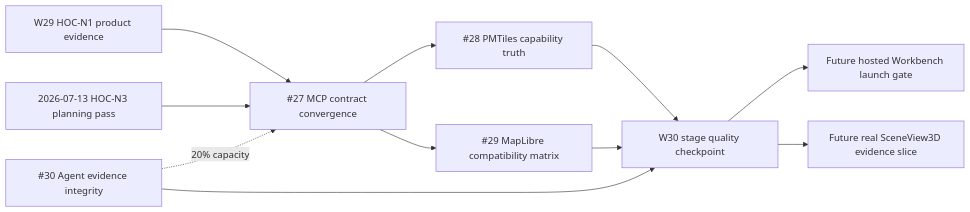
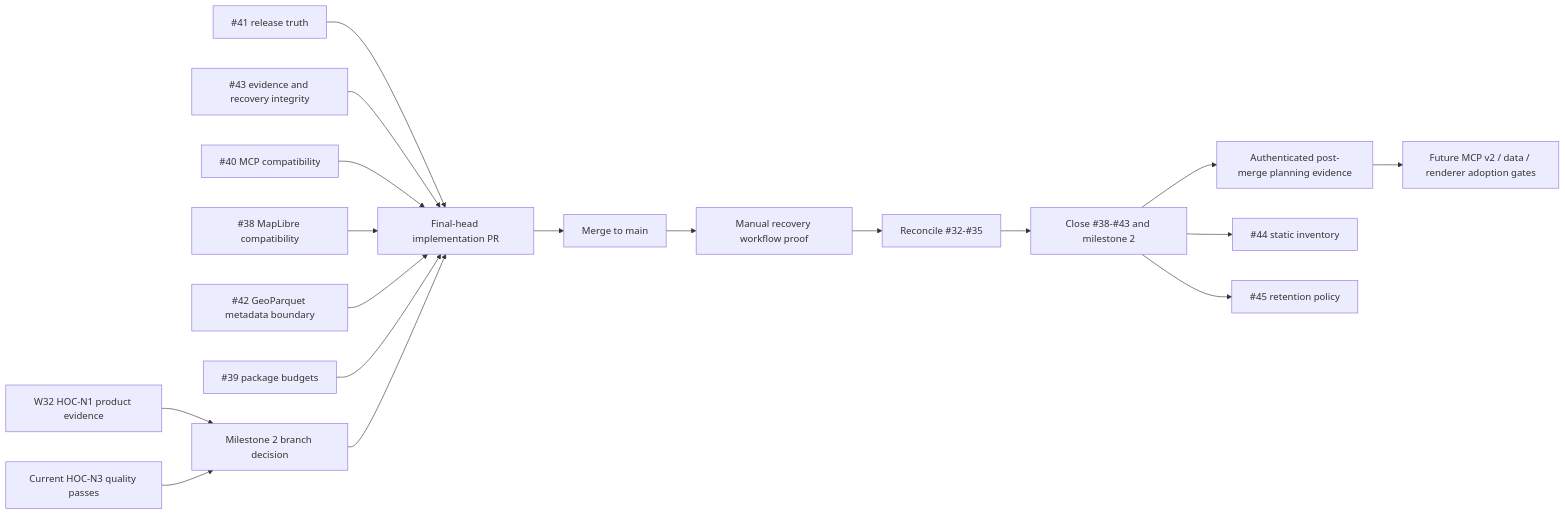
One commit to HYNCM/gis-engine changed the diagram in docs/planning/dependency-graph.md. Above: the diagram before and after it, drawn with Mermaid. The commit also changed other lines of this file and 9 other files, not shown here.

````diff
--- a/docs/planning/dependency-graph.md
+++ b/docs/planning/dependency-graph.md
@@ -17,13 +18,20 @@
 ```mermaid
 flowchart LR
-  H1["W29 HOC-N1 product evidence"] --> P0["#27 MCP contract convergence"]
-  H3["2026-07-13 HOC-N3 planning pass"] --> P0
-  P0 --> D1["#28 PMTiles capability truth"]
-  P0 --> D2["#29 MapLibre compatibility matrix"]
-  GOV["#30 Agent evidence integrity"] -. "20% capacity" .-> P0
-  D1 --> EXIT["W30 stage quality checkpoint"]
-  D2 --> EXIT
-  GOV --> EXIT
-  EXIT --> HOSTED["Future hosted Workbench launch gate"]
-  EXIT --> SCENE["Future real SceneView3D evidence slice"]
+  H1["W32 HOC-N1 product evidence"] --> PLAN["Milestone 2 branch decision"]
+  H3["Current HOC-N3 quality passes"] --> PLAN
+  R["#41 release truth"] --> PR["Final-head implementation PR"]
+  E["#43 evidence and recovery integrity"] --> PR
+  M["#40 MCP compatibility"] --> PR
+  L["#38 MapLibre compatibility"] --> PR
+  G["#42 GeoParquet metadata boundary"] --> PR
+  S["#39 package budgets"] --> PR
+  PLAN --> PR
+  PR --> MERGE["Merge to main"]
+  MERGE --> RECOVERY["Manual recovery workflow proof"]
+  RECOVERY --> INCIDENTS["Reconcile #32-#35"]
+  INCIDENTS --> CLOSE["Close #38-#43 and milestone 2"]
+  CLOSE --> SNAPSHOT["Authenticated post-merge planning evidence"]
+  CLOSE --> K["#44 static inventory"]
+  CLOSE --> T["#45 retention policy"]
+  SNAPSHOT --> FUTURE["Future MCP v2 / data / renderer adoption gates"]
 ```
````
